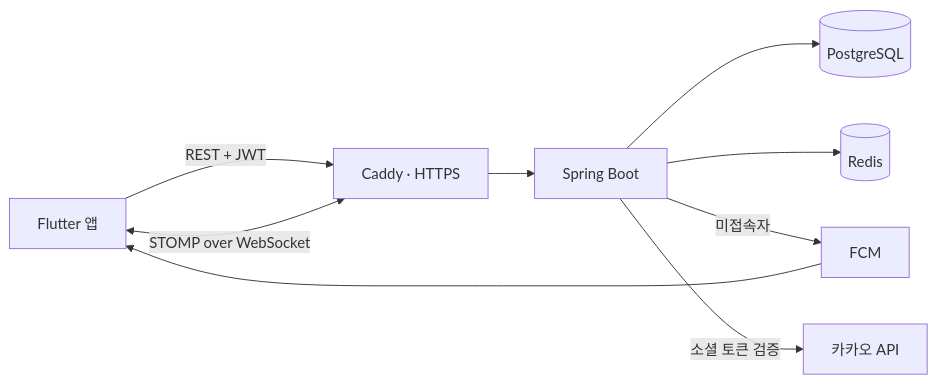
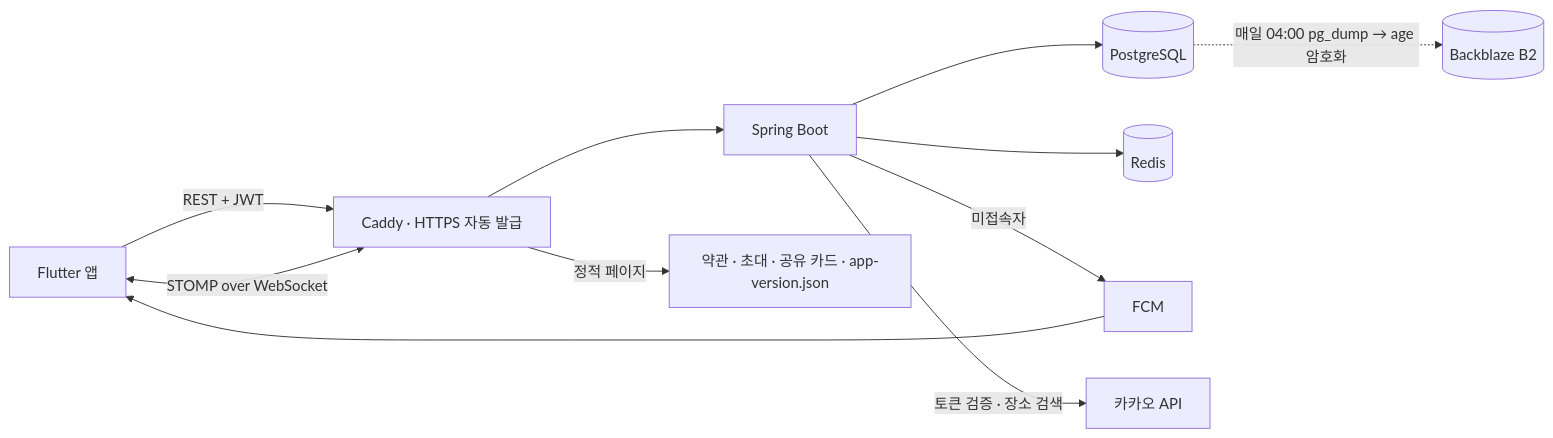
Before and after one commit to pyosunyoung/tuk-server: the diagram in README.md, drawn with Mermaid. The commit also changed other lines of this file, not shown here.

````diff
--- a/README.md
+++ b/README.md
@@ -41,10 +55,12 @@
 ```mermaid
 flowchart LR
     App[Flutter 앱] -->|REST + JWT| Caddy
     App <-->|STOMP over WebSocket| Caddy
-    Caddy[Caddy · HTTPS] --> Server[Spring Boot]
+    Caddy[Caddy · HTTPS 자동 발급] --> Server[Spring Boot]
+    Caddy -->|정적 페이지| Public[약관 · 초대 · 공유 카드 · app-version.json]
     Server --> PG[(PostgreSQL)]
     Server --> Redis[(Redis)]
     Server -->|미접속자| FCM[FCM] --> App
-    Server -->|소셜 토큰 검증| Kakao[카카오 API]
+    Server -->|토큰 검증 · 장소 검색| Kakao[카카오 API]
+    PG -. 매일 04:00 pg_dump → age 암호화 .-> B2[(Backblaze B2)]
 ```
````
